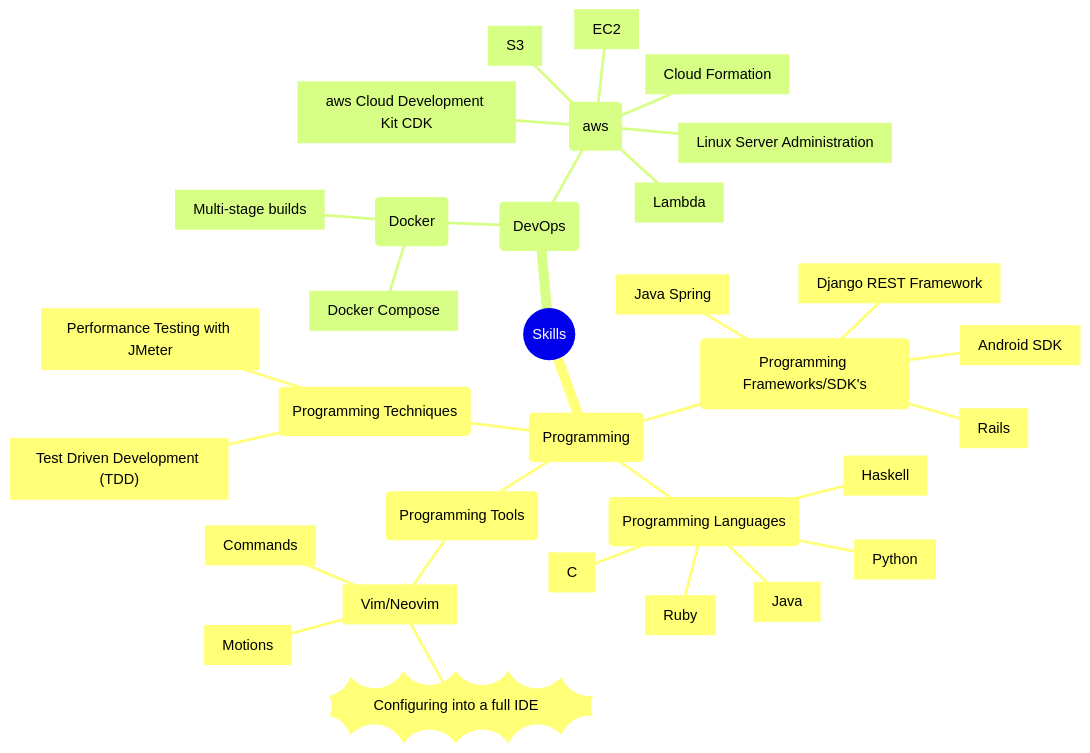
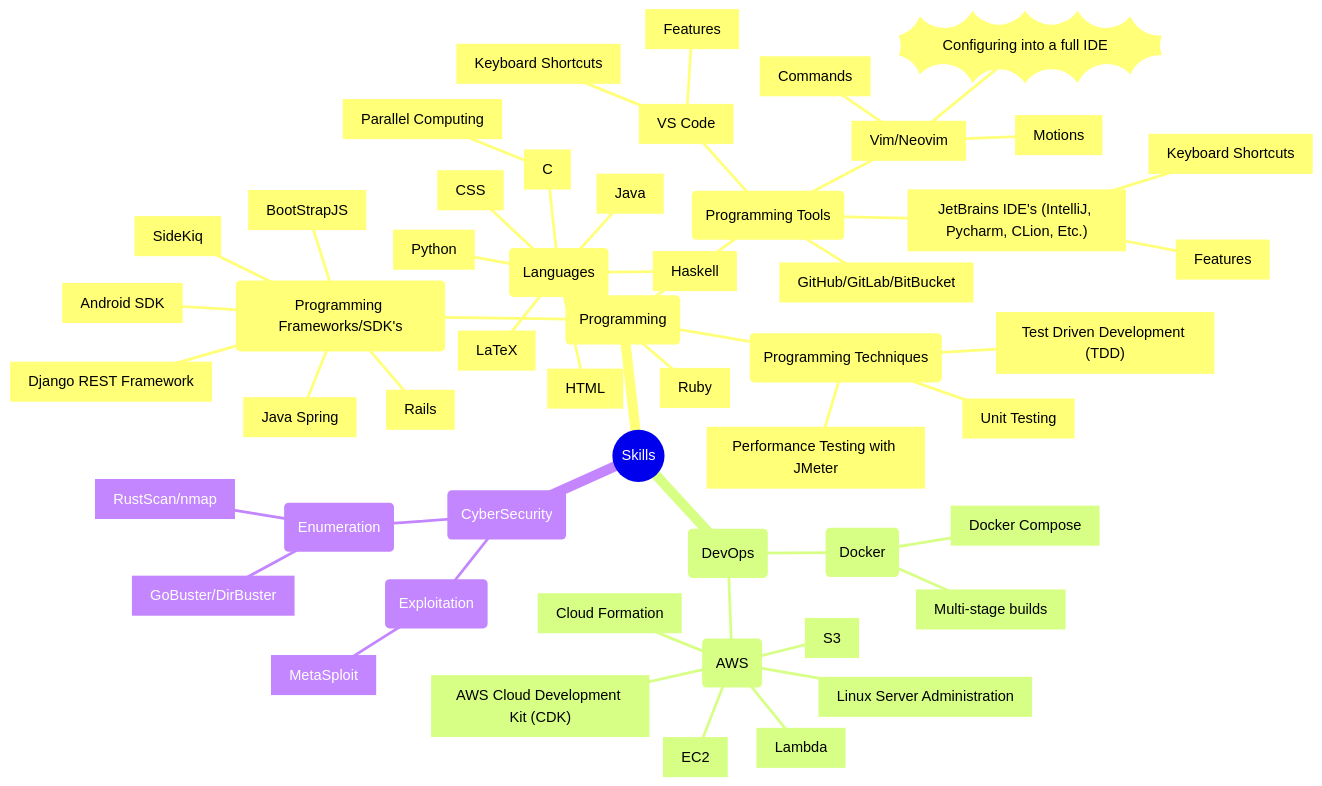
Before and after one commit to Russell-Waterhouse/skill-tree: the second of 2 diagrams in README.md, drawn with Mermaid.

Commit message:
add more skills

````diff
--- a/README.md
+++ b/README.md
@@ -20,36 +20,57 @@
 ```mermaid
 mindmap
     root((Skills))
         (Programming)
-            (Programming Languages)
+            (Languages)
                 [Java]
                 [C]
+                    [Parallel Computing]
                 [Python]
                 [Ruby]
                 [Haskell]
+                [HTML]
+                [CSS]
+                [LaTeX]
             (Programming Frameworks/SDK's)
                 [Android SDK]
                 [Rails]
+                [SideKiq]
                 [Django REST Framework]
                 [Java Spring]
+                [BootStrapJS]
             (Programming Tools)
                 [Vim/Neovim]
                     [Motions]
                     [Commands]
                     ))Configuring into a full IDE((
+                [VS Code]
+                    [Features]
+                    [Keyboard Shortcuts]
+                ["JetBrains IDE's (IntelliJ, Pycharm, CLion, Etc.)"]
+                    [Features]
+                    [Keyboard Shortcuts]
+                ["GitHub/GitLab/BitBucket"]
             (Programming Techniques)
                 ["Test Driven Development (TDD)"]
                 [Performance Testing with JMeter]
+                ["Unit Testing"]
         (DevOps)
             (Docker)
                 [Multi-stage builds]
                 [Docker Compose]
-            (aws)
-                [aws Cloud Development Kit CDK]
+            (AWS)
+                ["AWS Cloud Development Kit (CDK)"]
                 [S3]
                 [Lambda]
                 [Cloud Formation]
                 [EC2]
                 [Linux Server Administration]
+        (CyberSecurity)
+            (Enumeration)
+                ["RustScan/nmap"]
+                ["GoBuster/DirBuster"]
+            (Exploitation)
+                [MetaSploit]
+
 
 ```
````
